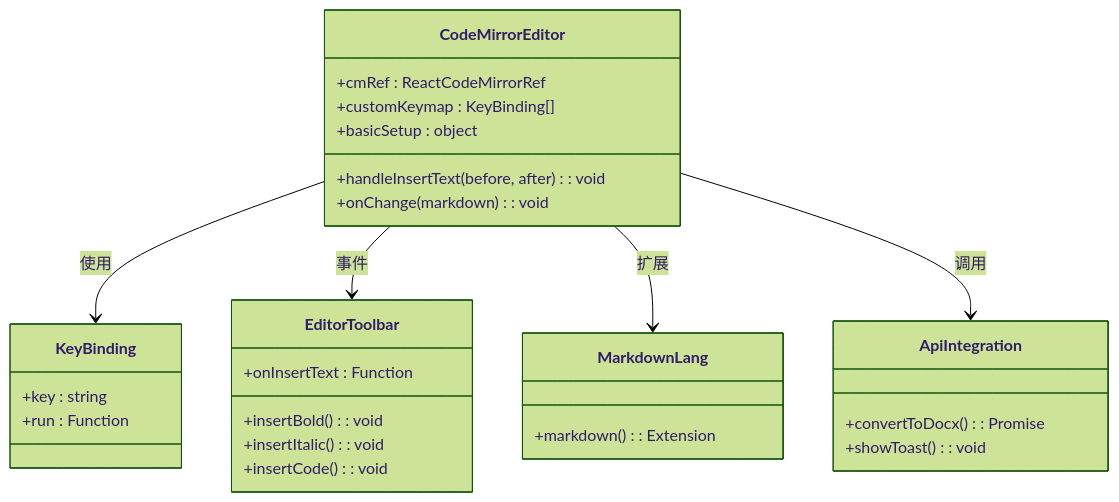
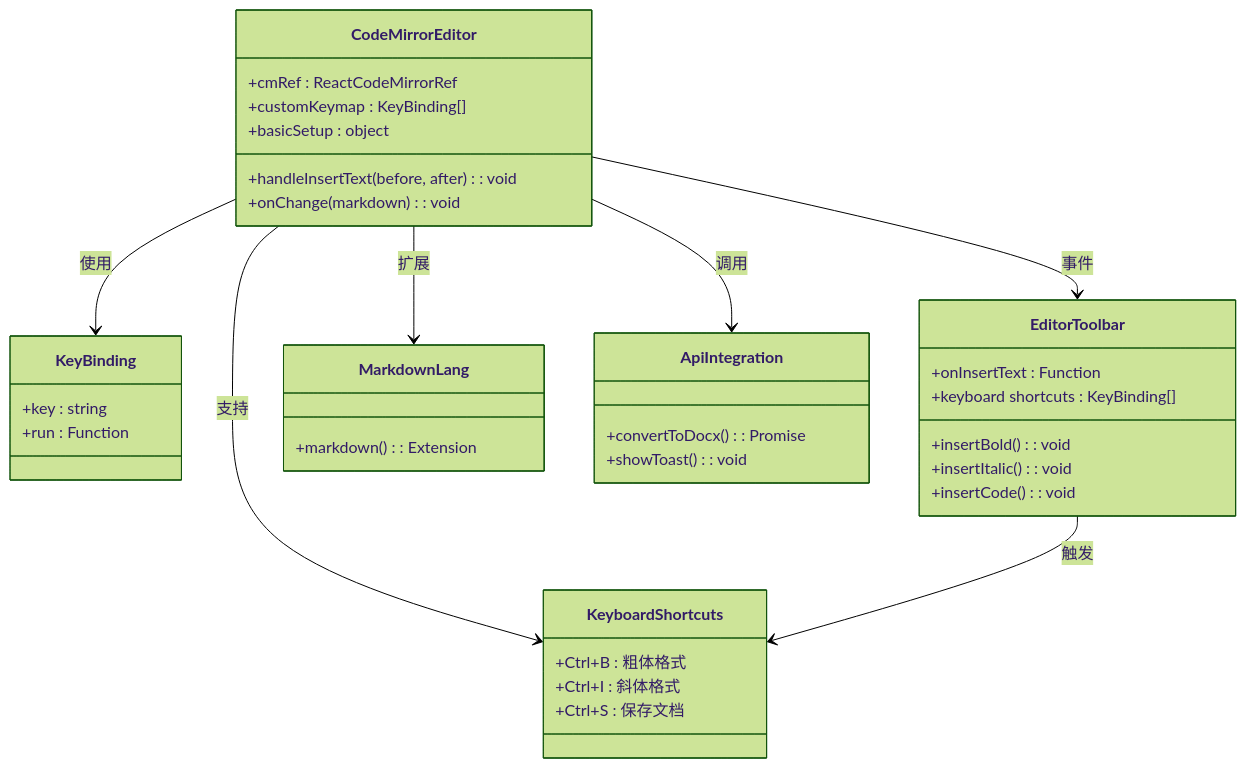
Before and after one commit to wanwushelie/markdown-to-word-studio: the seventh of 14 diagrams in .lingma/repowiki/zh/content/用户指南/前端界面现代化.md, drawn with Mermaid (forest theme). The commit also changed other lines of this file and 48 other files, not shown here.

````diff
--- a/.lingma/repowiki/zh/content/用户指南/前端界面现代化.md
+++ b/.lingma/repowiki/zh/content/用户指南/前端界面现代化.md
@@ -448,31 +526,39 @@
 ```mermaid
 classDiagram
 class CodeMirrorEditor {
 +cmRef : ReactCodeMirrorRef
 +handleInsertText(before, after) : void
 +customKeymap : KeyBinding[]
 +basicSetup : object
 +onChange(markdown) : void
 }
 class KeyBinding {
 +key : string
 +run : Function
 }
 class EditorToolbar {
 +onInsertText : Function
 +insertBold() : void
 +insertItalic() : void
 +insertCode() : void
++keyboard shortcuts : KeyBinding[]
 }
 class MarkdownLang {
 +markdown() : Extension
 }
 class ApiIntegration {
 +convertToDocx() : Promise<void>
 +showToast() : void
 }
+class KeyboardShortcuts {
++Ctrl+B : 粗体格式
++Ctrl+I : 斜体格式
++Ctrl+S : 保存文档
+}
 CodeMirrorEditor --> KeyBinding : 使用
 CodeMirrorEditor --> EditorToolbar : 事件
 CodeMirrorEditor --> MarkdownLang : 扩展
 CodeMirrorEditor --> ApiIntegration : 调用
+CodeMirrorEditor --> KeyboardShortcuts : 支持
+EditorToolbar --> KeyboardShortcuts : 触发
 ```
````
